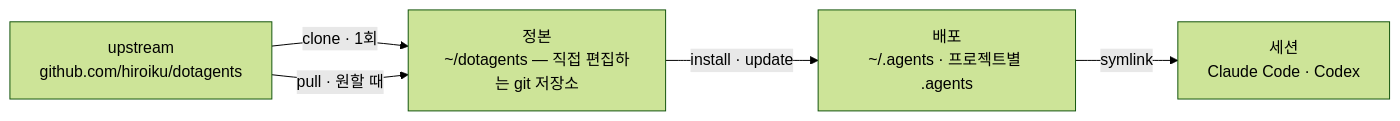
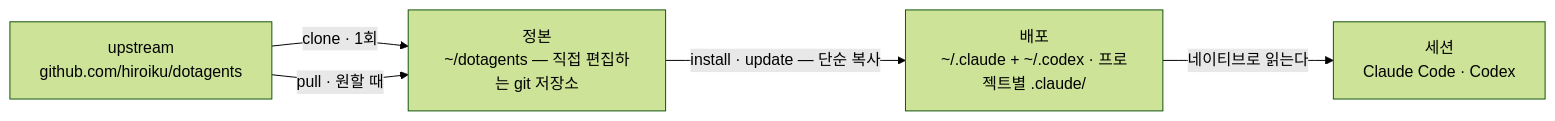
Before and after one commit to hiroiku/dotagents: the diagram in docs/README.ko.md, drawn with Mermaid (forest theme). The commit also changed other lines of this file and 18 other files, not shown here.

Commit message:
配備を .agents と symlink を介さない方式へ作り替える(各ツール直下へ実コピー、規則は管理ブロック、記録は ~/.dotagents、旧レイアウトは自動移行)

````diff
--- a/docs/README.ko.md
+++ b/docs/README.ko.md
@@ -18,11 +18,11 @@
 ```mermaid
 flowchart LR
     UP["upstream<br>github.com/hiroiku/dotagents"]
     C["정본<br>~/dotagents — 직접 편집하는 git 저장소"]
-    A["배포<br>~/.agents · 프로젝트별 .agents"]
+    A["배포<br>~/.claude + ~/.codex · 프로젝트별 .claude/"]
     S["세션<br>Claude Code · Codex"]
     UP -->|"clone · 1회"| C
     UP -->|"pull · 원할 때"| C
-    C -->|"install · update"| A
-    A -->|"symlink"| S
+    C -->|"install · update — 단순 복사"| A
+    A -->|"네이티브로 읽는다"| S
 ```
````
